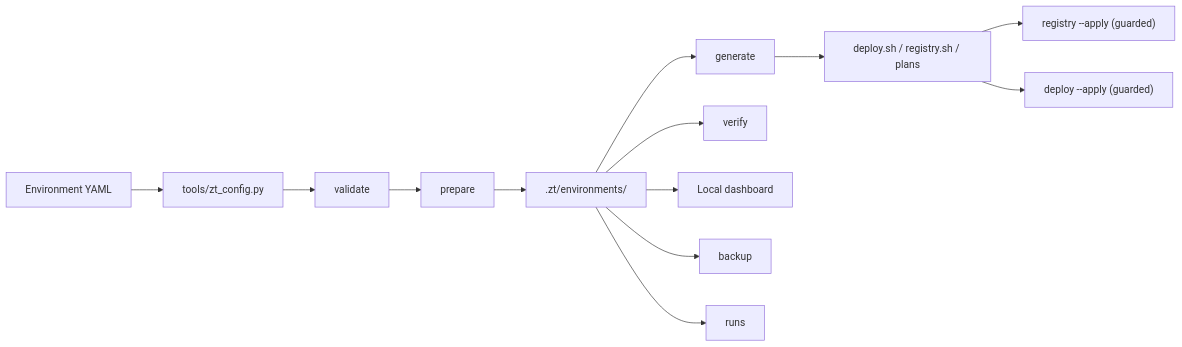
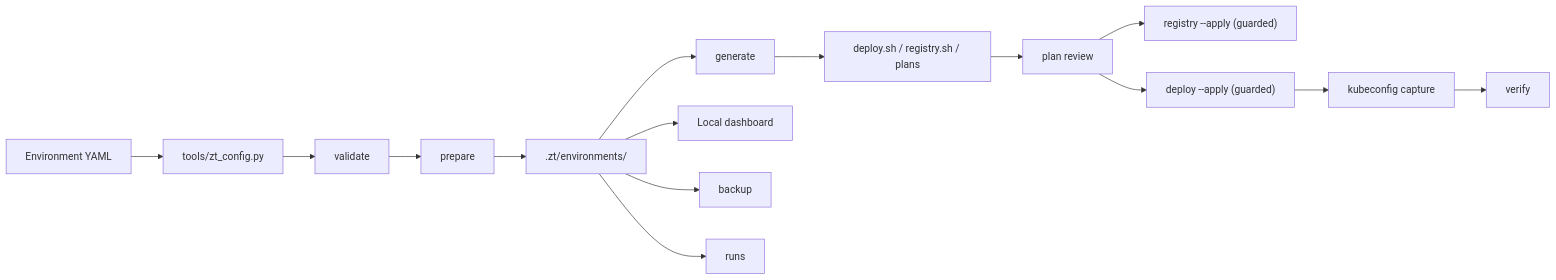
Before and after one commit to VirtuArchitect/nkp-zerotouch-framework: the diagram in docs/architecture.md, drawn with Mermaid. The commit also changed other lines of this file and 13 other files, not shown here.

First line of the commit message:
Add dashboard setup, review, kubeconfig & providers

````diff
--- a/docs/architecture.md
+++ b/docs/architecture.md
@@ -3,15 +3,17 @@
 ```mermaid
 flowchart LR
   Config["Environment YAML"] --> Parser["tools/zt_config.py"]
   Parser --> Validate["validate"]
   Validate --> Prepare["prepare"]
   Prepare --> Workspace[".zt/environments/<name>"]
   Workspace --> Generate["generate"]
   Generate --> Plans["deploy.sh / registry.sh / plans"]
-  Plans --> Registry["registry --apply (guarded)"]
-  Plans --> Deploy["deploy --apply (guarded)"]
-  Workspace --> Verify["verify"]
+  Plans --> Review["plan review"]
+  Review --> Registry["registry --apply (guarded)"]
+  Review --> Deploy["deploy --apply (guarded)"]
+  Deploy --> Kubeconfig["kubeconfig capture"]
+  Kubeconfig --> Verify["verify"]
   Workspace --> Dashboard["Local dashboard"]
   Workspace --> Backup["backup"]
   Workspace --> Runs["runs"]
 ```
````
